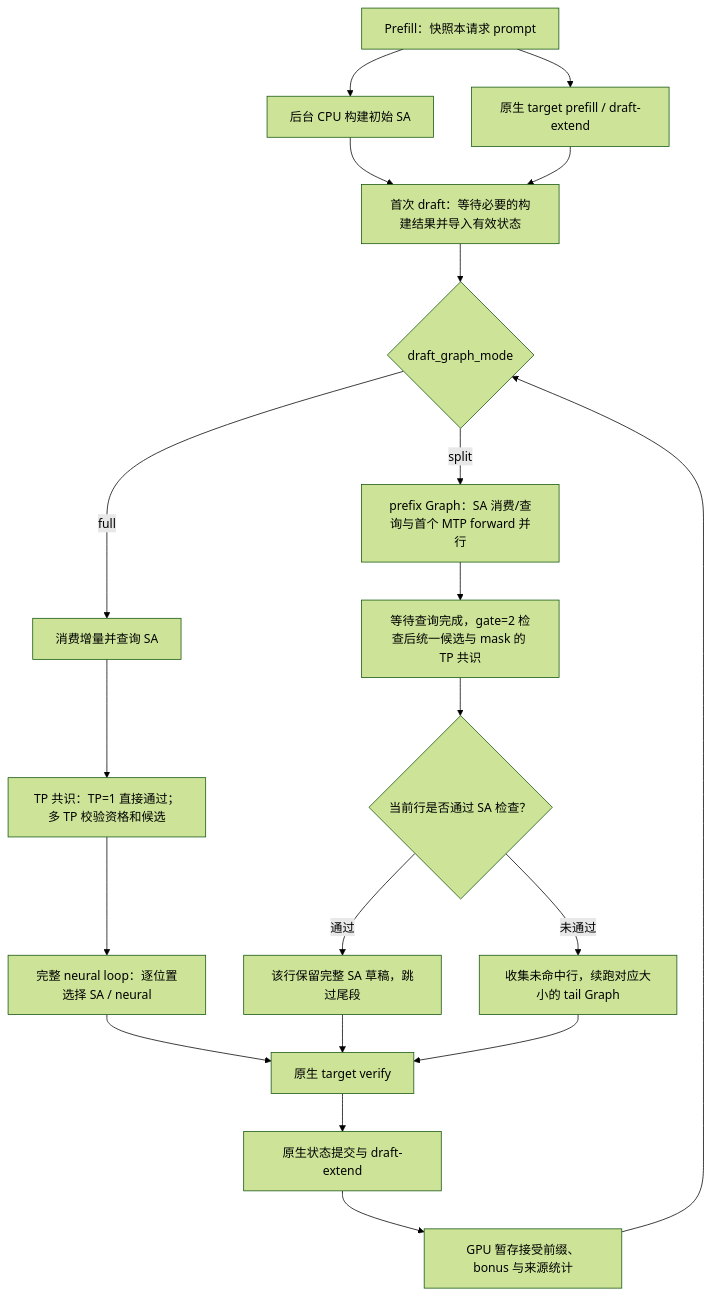
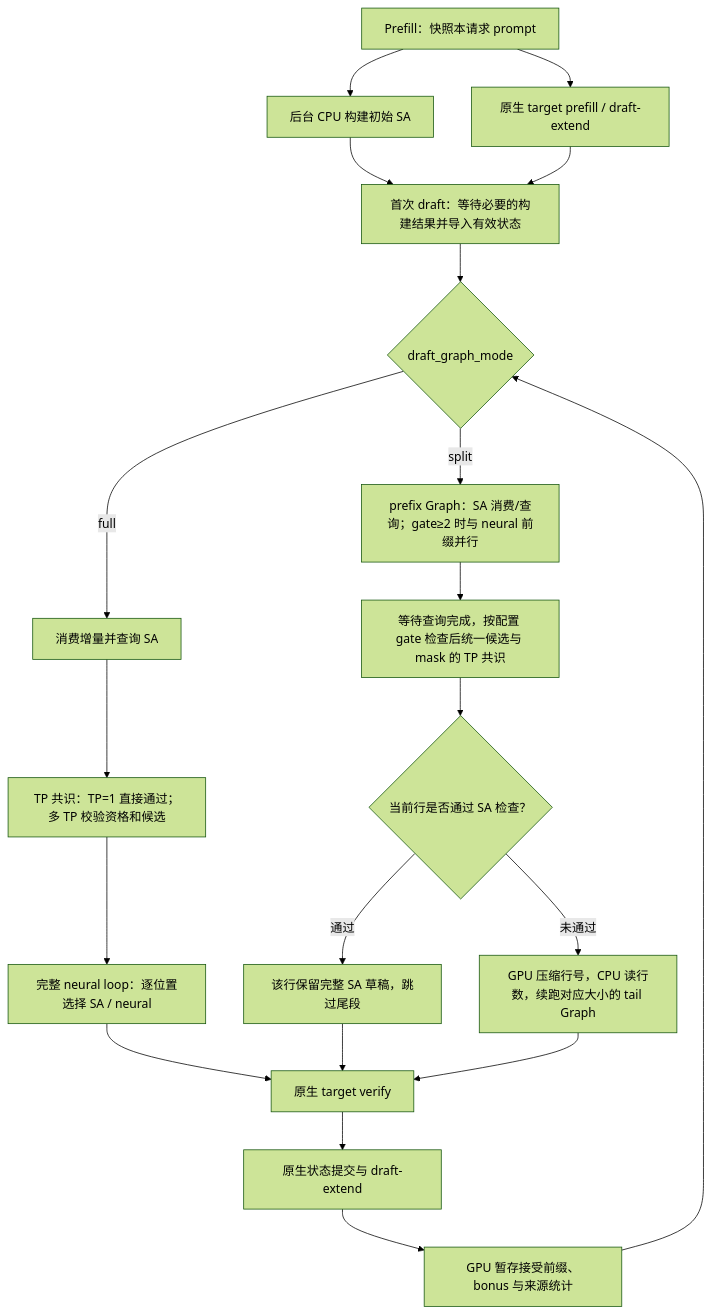
Before and after one commit to ggg-s/sglang: the diagram in experimental/hybrid-spec/OPTIMIZATIONS.md, drawn with Mermaid (forest theme). The commit also changed other lines of this file and 19 other files, not shown here.

Commit message:
Generate split draft rows on GPU and support configurable gates

````diff
--- a/experimental/hybrid-spec/OPTIMIZATIONS.md
+++ b/experimental/hybrid-spec/OPTIMIZATIONS.md
@@ -52,22 +56,22 @@
 ```mermaid
 flowchart TB
     P["Prefill：快照本请求 prompt"] --> H["后台 CPU 构建初始 SA"]
     P --> M["原生 target prefill / draft-extend"]
     H --> I["首次 draft：等待必要的构建结果并导入有效状态"]
     M --> I
     I --> G{"draft_graph_mode"}
     G -->|full| Q["消费增量并查询 SA"]
     Q --> T["TP 共识：TP=1 直接通过；多 TP 校验资格和候选"]
     T --> F["完整 neural loop：逐位置选择 SA / neural"]
-    G -->|split| A["prefix Graph：SA 消费/查询与首个 MTP forward 并行"]
-    A --> C["等待查询完成，gate=2 检查后统一候选与 mask 的 TP 共识"]
+    G -->|split| A["prefix Graph：SA 消费/查询；gate≥2 时与 neural 前缀并行"]
+    A --> C["等待查询完成，按配置 gate 检查后统一候选与 mask 的 TP 共识"]
     C --> B{"当前行是否通过 SA 检查？"}
     B -->|通过| S["该行保留完整 SA 草稿，跳过尾段"]
-    B -->|未通过| N["收集未命中行，续跑对应大小的 tail Graph"]
+    B -->|未通过| N["GPU 压缩行号，CPU 读行数，续跑对应大小的 tail Graph"]
     F --> V["原生 target verify"]
     S --> V
     N --> V
     V --> E["原生状态提交与 draft-extend"]
     E --> R["GPU 暂存接受前缀、bonus 与来源统计"]
     R --> G
 ```
````
